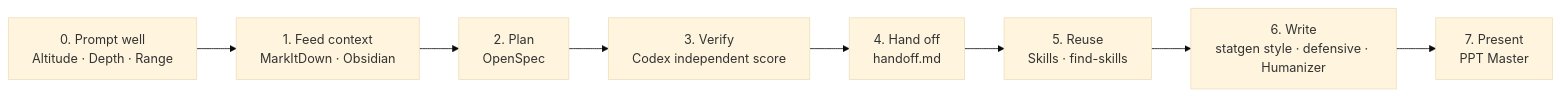
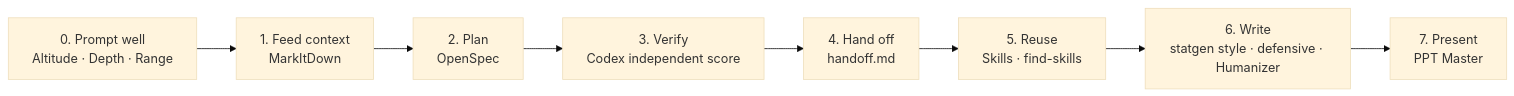
Before and after one commit to al4225/claude_code: the diagram in code/wiki/AI_Research_Toolkit.md, drawn with Mermaid (base theme). The commit also changed other lines of this file and 22 other files, not shown here.

````diff
--- a/code/wiki/AI_Research_Toolkit.md
+++ b/code/wiki/AI_Research_Toolkit.md
@@ -9,10 +9,10 @@
 ```mermaid
 flowchart LR
-    A["0. Prompt well<br/>Altitude · Depth · Range"] --> B["1. Feed context<br/>MarkItDown · Obsidian"]
+    A["0. Prompt well<br/>Altitude · Depth · Range"] --> B["1. Feed context<br/>MarkItDown"]
     B --> C["2. Plan<br/>OpenSpec"]
     C --> D["3. Verify<br/>Codex independent score"]
     D --> E["4. Hand off<br/>handoff.md"]
     E --> F["5. Reuse<br/>Skills · find-skills"]
     F --> G["6. Write<br/>statgen style · defensive · Humanizer"]
     G --> H["7. Present<br/>PPT Master"]
 ```
````
